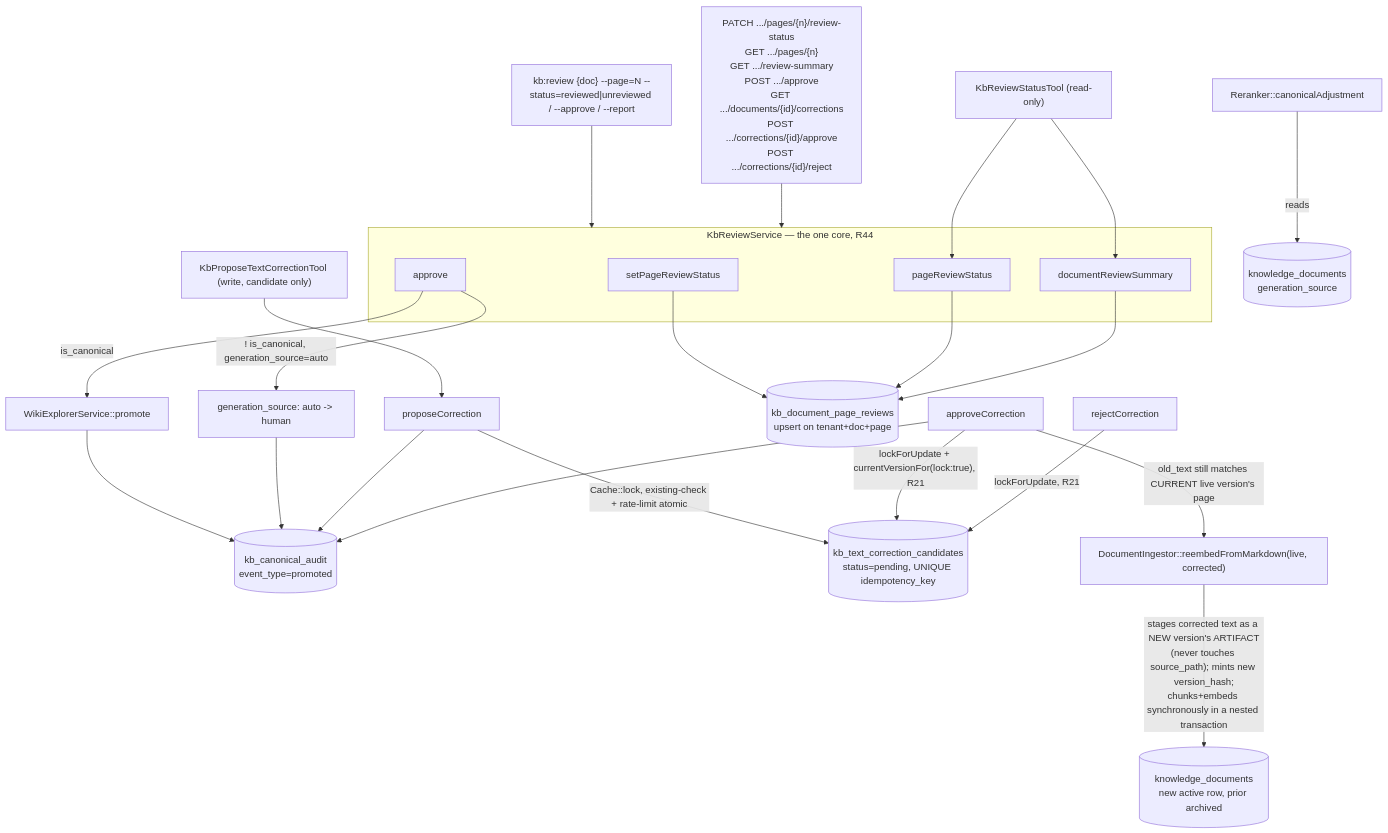
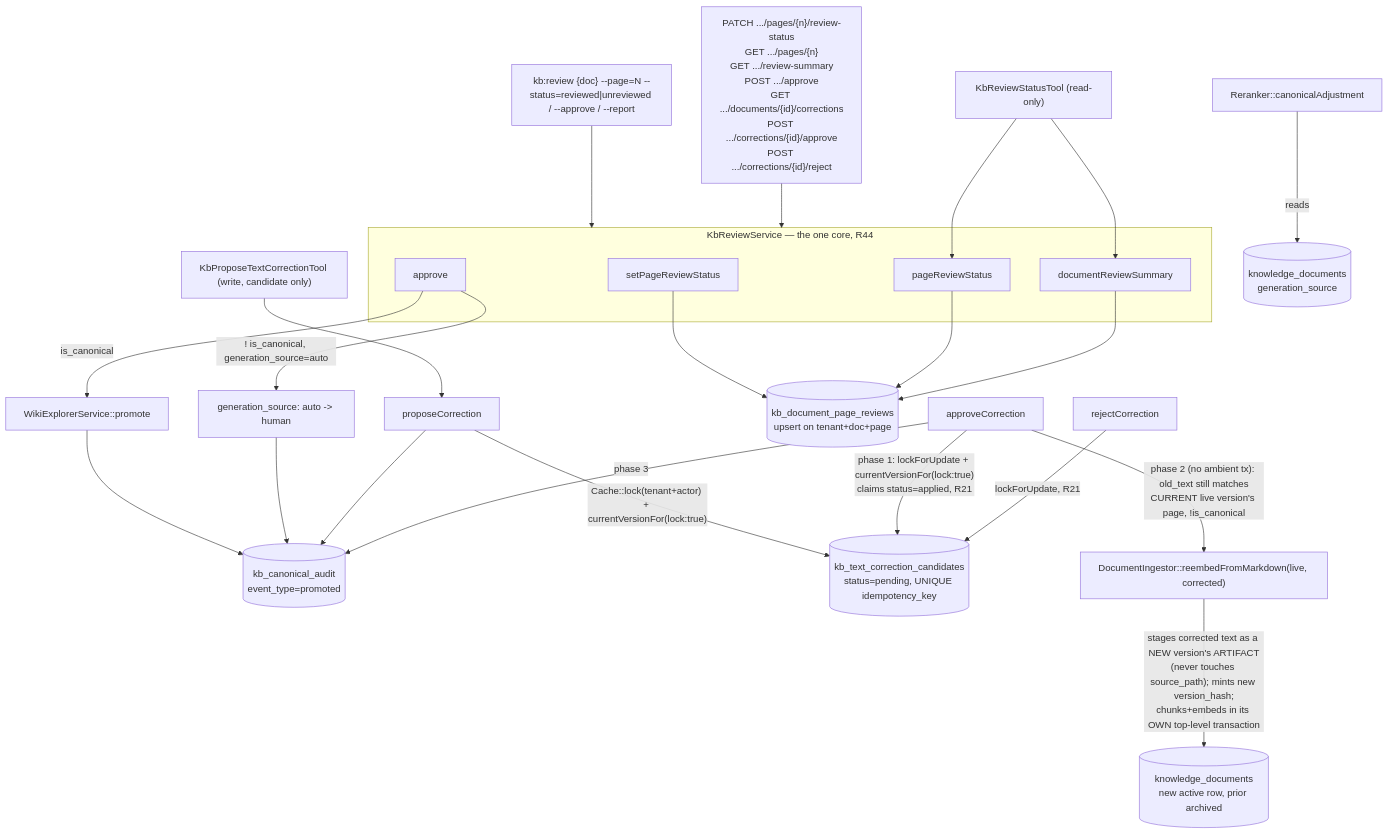
The diagram in docs-site/digitization-review.mdx (lopadova/AskMyDocs), drawn with Mermaid before and after one commit. The commit also changed other lines of this file and 7 other files, not shown here.

````diff
--- a/docs-site/digitization-review.mdx
+++ b/docs-site/digitization-review.mdx
@@ -83,38 +83,38 @@
 ```mermaid
 flowchart TD
     subgraph core[KbReviewService — the one core, R44]
         SET[setPageReviewStatus]
         PAGE[pageReviewStatus]
         SUM[documentReviewSummary]
         APR[approve]
     end
 
     PROP[proposeCorrection]
     APC[approveCorrection]
     REJ[rejectCorrection]
 
     CLI["kb:review {doc} --page=N --status=reviewed|unreviewed / --approve / --report"] --> core
     HTTP["PATCH .../pages/{n}/review-status\nGET .../pages/{n}\nGET .../review-summary\nPOST .../approve\nGET .../documents/{id}/corrections\nPOST .../corrections/{id}/approve\nPOST .../corrections/{id}/reject"] --> core
     MCP["KbReviewStatusTool (read-only)"] --> PAGE
     MCP --> SUM
     MCPW["KbProposeTextCorrectionTool (write, candidate only)"] --> PROP
 
     SET --> ROW[(kb_document_page_reviews\nupsert on tenant+doc+page)]
     PAGE --> ROW
     SUM --> ROW
 
     APR -->|is_canonical| PROMOTE[WikiExplorerService::promote]
     APR -->|"! is_canonical, generation_source=auto"| FLIP["generation_source: auto -> human"]
     PROMOTE --> AUDIT[(kb_canonical_audit\nevent_type=promoted)]
     FLIP --> AUDIT
 
-    PROP -->|"Cache::lock, existing-check + rate-limit atomic"| CAND[(kb_text_correction_candidates\nstatus=pending, UNIQUE idempotency_key)]
+    PROP -->|"Cache::lock(tenant+actor) + currentVersionFor(lock:true)"| CAND[(kb_text_correction_candidates\nstatus=pending, UNIQUE idempotency_key)]
     PROP --> AUDIT
-    APC -->|"lockForUpdate + currentVersionFor(lock:true), R21"| CAND
+    APC -->|"phase 1: lockForUpdate + currentVersionFor(lock:true)\nclaims status=applied, R21"| CAND
     REJ -->|"lockForUpdate, R21"| CAND
-    APC -->|"old_text still matches CURRENT live version's page"| REEMBED["DocumentIngestor::reembedFromMarkdown(live, corrected)"]
-    REEMBED -->|"stages corrected text as a NEW version's ARTIFACT\n(never touches source_path); mints new version_hash;\nchunks+embeds synchronously in a nested transaction"| NEWDOC[(knowledge_documents\nnew active row, prior archived)]
-    APC --> AUDIT
+    APC -->|"phase 2 (no ambient tx): old_text still matches\nCURRENT live version's page, !is_canonical"| REEMBED["DocumentIngestor::reembedFromMarkdown(live, corrected)"]
+    REEMBED -->|"stages corrected text as a NEW version's ARTIFACT\n(never touches source_path); mints new version_hash;\nchunks+embeds in its OWN top-level transaction"| NEWDOC[(knowledge_documents\nnew active row, prior archived)]
+    APC -->|"phase 3"| AUDIT
 
     RANK[Reranker::canonicalAdjustment] -->|reads| DOC[(knowledge_documents\ngeneration_source)]
 ```
````
